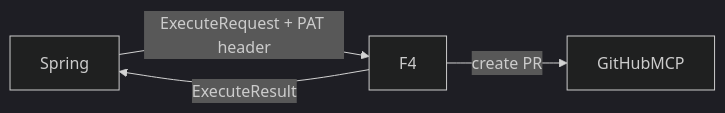
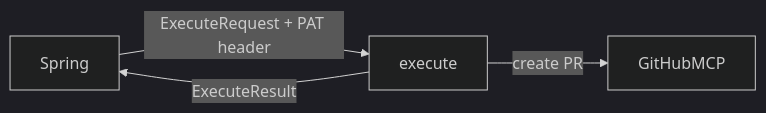
Before and after one commit to KTB-AIhackathon/Blocki-AI: the second of 2 diagrams in DESIGN.md, drawn with Mermaid (dark theme). The commit also changed other lines of this file and 88 other files, not shown here.

````diff
--- a/DESIGN.md
+++ b/DESIGN.md
@@ -107,6 +123,6 @@
 ```mermaid
 graph LR
-  Spring -->|ExecuteRequest + PAT header| F4
-  F4 -->|ExecuteResult| Spring
-  F4 -->|create PR| GitHubMCP
+  Spring -->|ExecuteRequest + PAT header| execute
+  execute -->|create PR| GitHubMCP
+  execute -->|ExecuteResult| Spring
 ```
````
